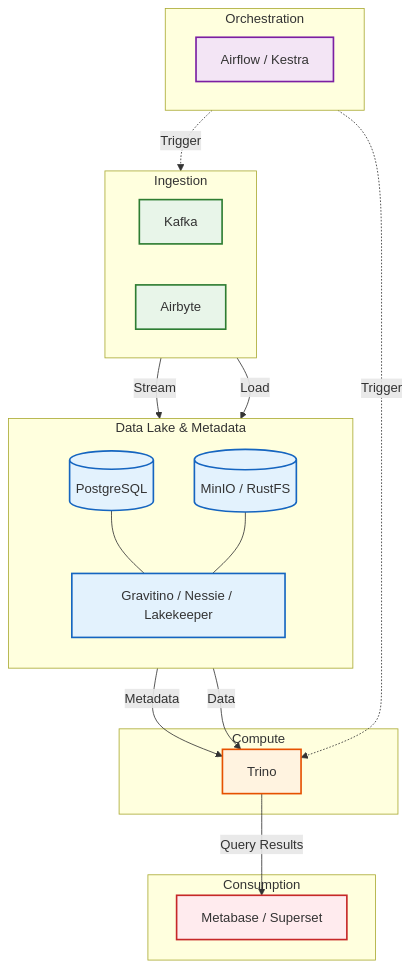
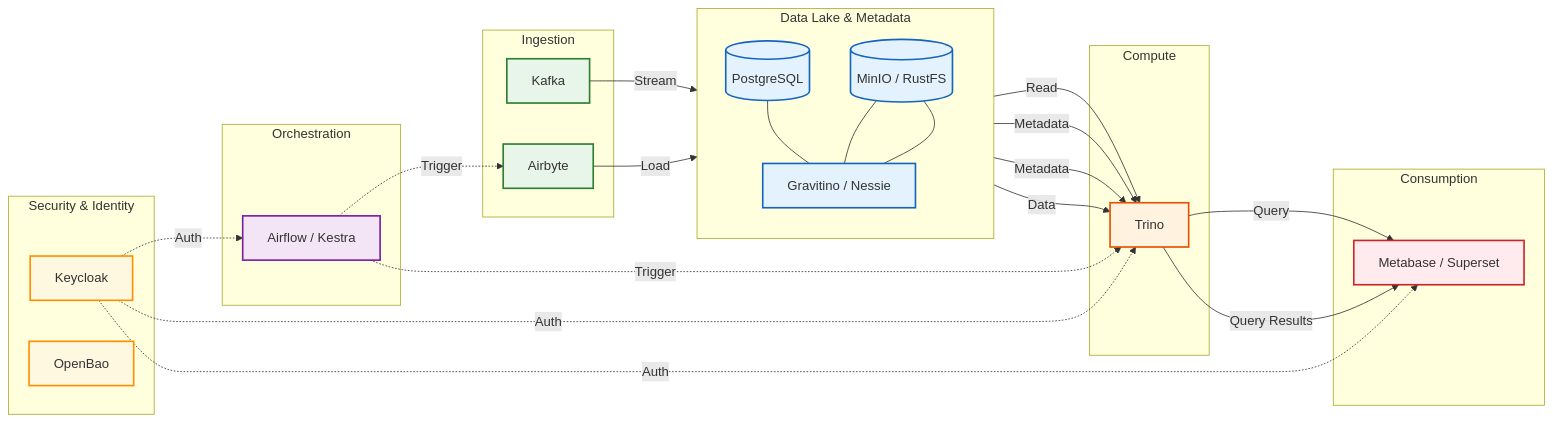
One commit to daun-gatal/terraform-modules changed the diagram in README.md. Above: the diagram before and after it, drawn with Mermaid. The commit also changed other lines of this file, not shown here.

Commit message:
add keycloak

````diff
--- a/README.md
+++ b/README.md
@@ -7,56 +7,75 @@
 ```mermaid
-graph TD
+graph LR
     %% Styles
     classDef orchestration fill:#f3e5f5,stroke:#7b1fa2,stroke-width:2px,color:#black;
     classDef ingestion fill:#e8f5e9,stroke:#2e7d32,stroke-width:2px,color:#black;
     classDef storage fill:#e3f2fd,stroke:#1565c0,stroke-width:2px,color:#black;
     classDef compute fill:#fff3e0,stroke:#e65100,stroke-width:2px,color:#black;
     classDef bi fill:#ffebee,stroke:#c62828,stroke-width:2px,color:#black;
+    classDef security fill:#fff8e1,stroke:#ff8f00,stroke-width:2px,color:#black;
 
     %% Nodes
     subgraph Orch_Group [Orchestration]
-        direction LR
         Orch[Airflow / Kestra]:::orchestration
     end
 
     subgraph Ingest_Group [Ingestion]
-        direction LR
         Kafka[Kafka]:::ingestion
         Airbyte[Airbyte]:::ingestion
     end
 
     subgraph Data_Group [Data Lake & Metadata]
         direction TB
         Lake[(MinIO / RustFS)]:::storage
-        Catalog[Gravitino / Nessie / Lakekeeper]:::storage
+        Catalog[Gravitino / Nessie]:::storage
         MetaDB[(PostgreSQL)]:::storage
     end
 
     subgraph Compute_Group [Compute]
         Trino[Trino]:::compute
     end
 
     subgraph BI_Group [Consumption]
         BI[Metabase / Superset]:::bi
     end
 
-    %% Edges - Control Flow (Dotted)
+    subgraph Security_Group [Security & Identity]
+        Keycloak[Keycloak]:::security
+        OpenBao[OpenBao]:::security
+    end
+
+    %% Edge Wiring
+    %% 1. Ingestion Flow
+    Kafka -->|Stream| Lake
+    Airbyte -->|Load| Lake
+
+    %% 2. Compute Flow
+    Lake -->|Read| Trino
+    Catalog -->|Metadata| Trino
+    MetaDB --- Catalog
+    Lake --- Catalog
+
+    %% 3. Consumption
+    Trino -->|Query| BI
+
+    %% 4. Orchestration Control
     Orch -.->|Trigger| Airbyte
     Orch -.->|Trigger| Trino
-    
-    %% Edges - Data Flow (Solid)
-    Kafka -->|Stream| Lake
-    Airbyte -->|Load| Lake
-    
-    %% Edges - Metadata/Read
-    MetaDB --- Catalog
+
+    %% 5. Security Overlay (Cross-cutting)
+    Keycloak -.->|Auth| Orch
+    Keycloak -.->|Auth| Trino
+    Keycloak -.->|Auth| BI
+
+    %% Styling
+    linkStyle default interpolate basis
     Lake --- Catalog
     Catalog -->|Metadata| Trino
     Lake -->|Data| Trino
     
     %% Edges - Visualization
     Trino -->|Query Results| BI
 
     %% Legend / Layout adjustments
     linkStyle default interpolate basis
 ```
````
